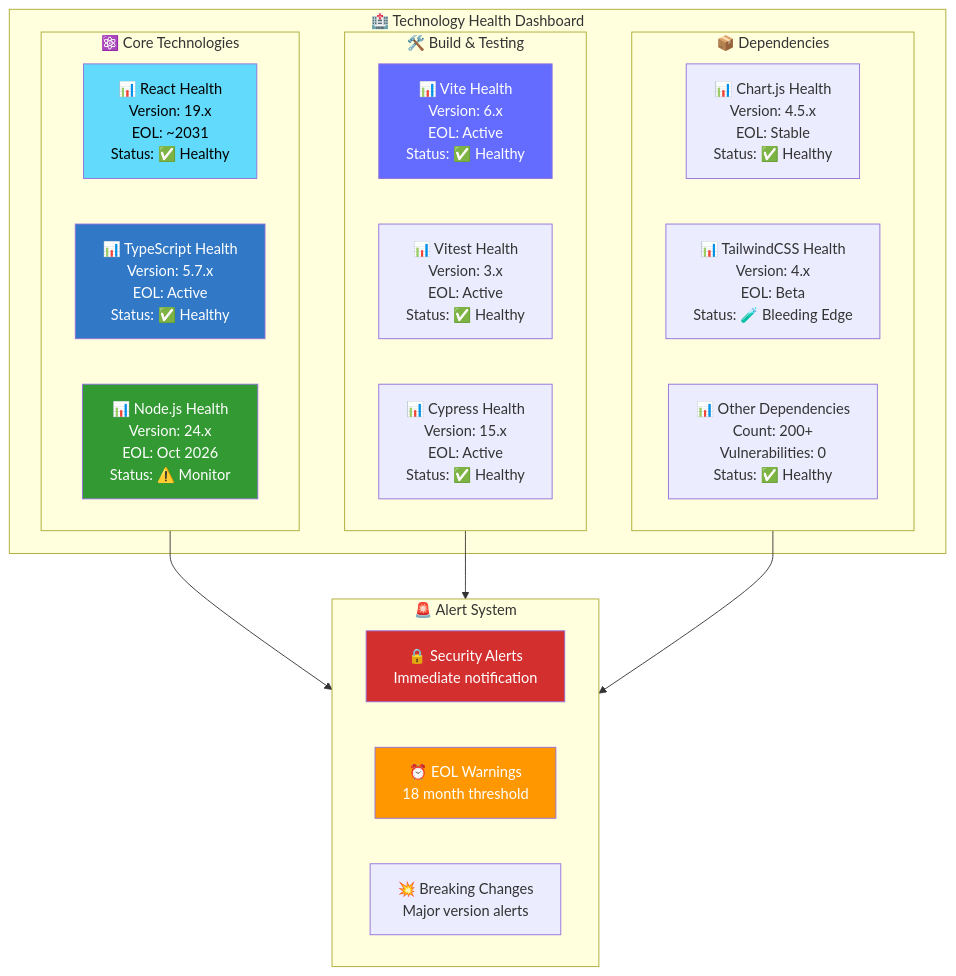
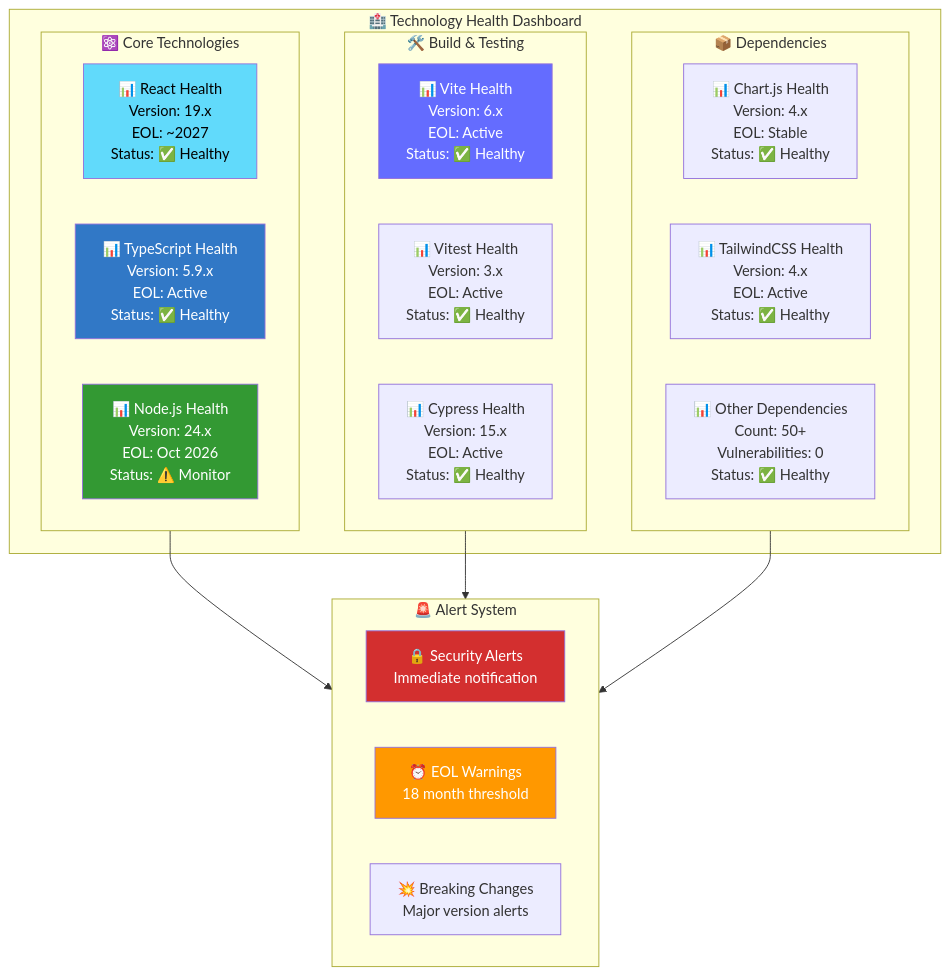
One commit to Hack23/cia-compliance-manager changed the eighth of 8 diagrams in docs/End-of-Life-Strategy.md. Above: the diagram before and after it, drawn with Mermaid. The commit also changed other lines of this file and 1 other file, not shown here.

````diff
--- a/docs/End-of-Life-Strategy.md
+++ b/docs/End-of-Life-Strategy.md
@@ -330,39 +550,39 @@
 ```mermaid
 graph TB
     subgraph HEALTH["🏥 Technology Health Dashboard"]
         subgraph CORE["⚛️ Core Technologies"]
-            REACT[📊 React Health<br/>Version: 19.x<br/>EOL: ~2031<br/>Status: ✅ Healthy]
-            TS[📊 TypeScript Health<br/>Version: 5.7.x<br/>EOL: Active<br/>Status: ✅ Healthy]
+            REACT[📊 React Health<br/>Version: 19.x<br/>EOL: ~2027<br/>Status: ✅ Healthy]
+            TS[📊 TypeScript Health<br/>Version: 5.9.x<br/>EOL: Active<br/>Status: ✅ Healthy]
             NODE[📊 Node.js Health<br/>Version: 24.x<br/>EOL: Oct 2026<br/>Status: ⚠️ Monitor]
         end
         
         subgraph TOOLS["🛠️ Build & Testing"]
             VITE[📊 Vite Health<br/>Version: 6.x<br/>EOL: Active<br/>Status: ✅ Healthy]
             VITEST[📊 Vitest Health<br/>Version: 3.x<br/>EOL: Active<br/>Status: ✅ Healthy]
             CYPRESS[📊 Cypress Health<br/>Version: 15.x<br/>EOL: Active<br/>Status: ✅ Healthy]
         end
         
         subgraph DEPS["📦 Dependencies"]
-            CHART[📊 Chart.js Health<br/>Version: 4.5.x<br/>EOL: Stable<br/>Status: ✅ Healthy]
-            TAILWIND[📊 TailwindCSS Health<br/>Version: 4.x<br/>EOL: Beta<br/>Status: 🧪 Bleeding Edge]
-            OTHER[📊 Other Dependencies<br/>Count: 200+<br/>Vulnerabilities: 0<br/>Status: ✅ Healthy]
+            CHART[📊 Chart.js Health<br/>Version: 4.x<br/>EOL: Stable<br/>Status: ✅ Healthy]
+            TAILWIND[📊 TailwindCSS Health<br/>Version: 4.x<br/>EOL: Active<br/>Status: ✅ Healthy]
+            OTHER[📊 Other Dependencies<br/>Count: 50+<br/>Vulnerabilities: 0<br/>Status: ✅ Healthy]
         end
     end
     
     subgraph ALERTS["🚨 Alert System"]
         SECURITY[🔒 Security Alerts<br/>Immediate notification]
         EOL[⏰ EOL Warnings<br/>18 month threshold]
         BREAKING[💥 Breaking Changes<br/>Major version alerts]
     end
     
     CORE --> ALERTS
     TOOLS --> ALERTS
     DEPS --> ALERTS
     
     style REACT fill:#61dafb,color:#000
     style TS fill:#3178c6,color:#fff
     style NODE fill:#339933,color:#fff
     style VITE fill:#646cff,color:#fff
     style SECURITY fill:#d32f2f,color:#fff
     style EOL fill:#ff9800,color:#fff
 ```
````
